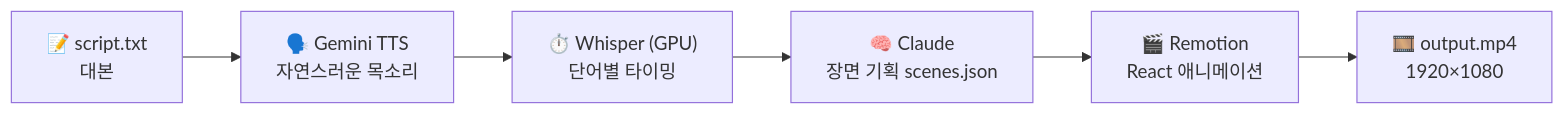
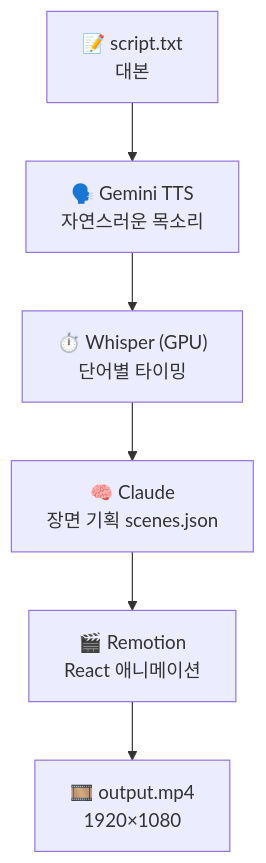
Before and after one commit to jangGiraffe/claude-video-pipeline: the diagram in README.md, drawn with Mermaid.

Commit message:
docs: README 흐름도를 세로 방향으로 변경 (좁은 화면 가독성)

````diff
--- a/README.md
+++ b/README.md
@@ -30,8 +30,8 @@
 ```mermaid
-flowchart LR
+flowchart TD
     A["📝 script.txt<br/>대본"] --> B["🗣️ Gemini TTS<br/>자연스러운 목소리"]
     B --> C["⏱️ Whisper (GPU)<br/>단어별 타이밍"]
     C --> D["🧠 Claude<br/>장면 기획 scenes.json"]
     D --> E["🎬 Remotion<br/>React 애니메이션"]
     E --> F["🎞️ output.mp4<br/>1920×1080"]
 ```
````
